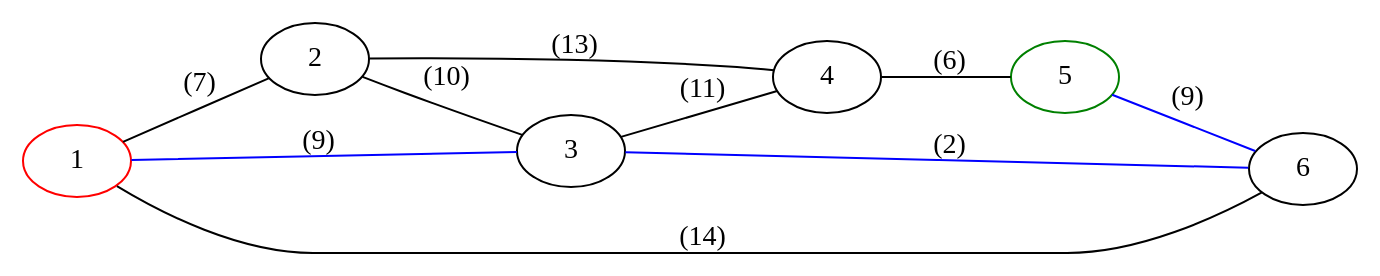
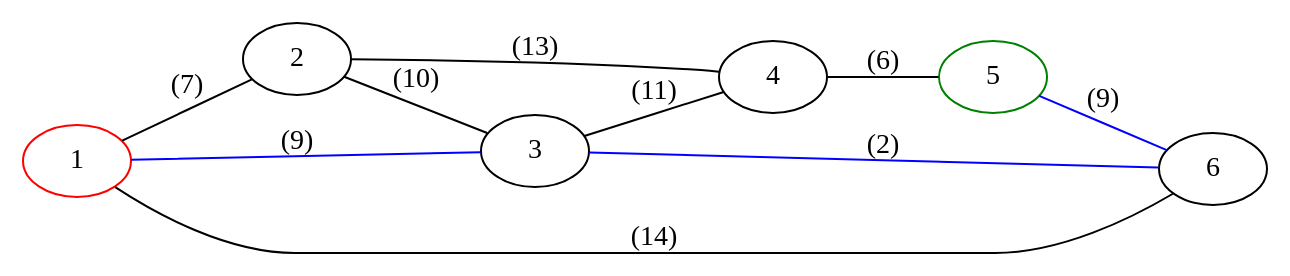
The sixth of 6 diagrams in doc/src/pgRouting-concepts.rst (pgRouting/pgrouting), drawn with Graphviz before and after one commit. The commit also changed other lines of this file and 9 other files, not shown here.

```diff
--- a/doc/src/pgRouting-concepts.rst
+++ b/doc/src/pgRouting-concepts.rst
@@ -387,16 +387,16 @@
 .. graphviz::
 
    graph G {
     rankdir="LR";
     1 [color="red"];
     5 [color="green"];
-    1 -- 2 [label="  (7)"];
-    5 -- 6 [label="  (9)", color="blue"];
-    1 -- 3 [label="  (9)", color="blue"];
-    1 -- 6 [label="  (14)"];
-    2 -- 3 [label="  (10)"];
-    2 -- 4 [label="  (13)"];
-    3 -- 4 [label="  (11)"];
-    3 -- 6 [label="  (2)", color="blue"];
-    4 -- 5 [label="  (6)"];
+    1 -- 2 [label="(7)"];
+    5 -- 6 [label="(9)", color="blue"];
+    1 -- 3 [label="(9)", color="blue"];
+    1 -- 6 [label="(14)"];
+    2 -- 3 [label="(10)"];
+    2 -- 4 [label="(13)"];
+    3 -- 4 [label="(11)"];
+    3 -- 6 [label="(2)", color="blue"];
+    4 -- 5 [label="(6)"];
    }
```
